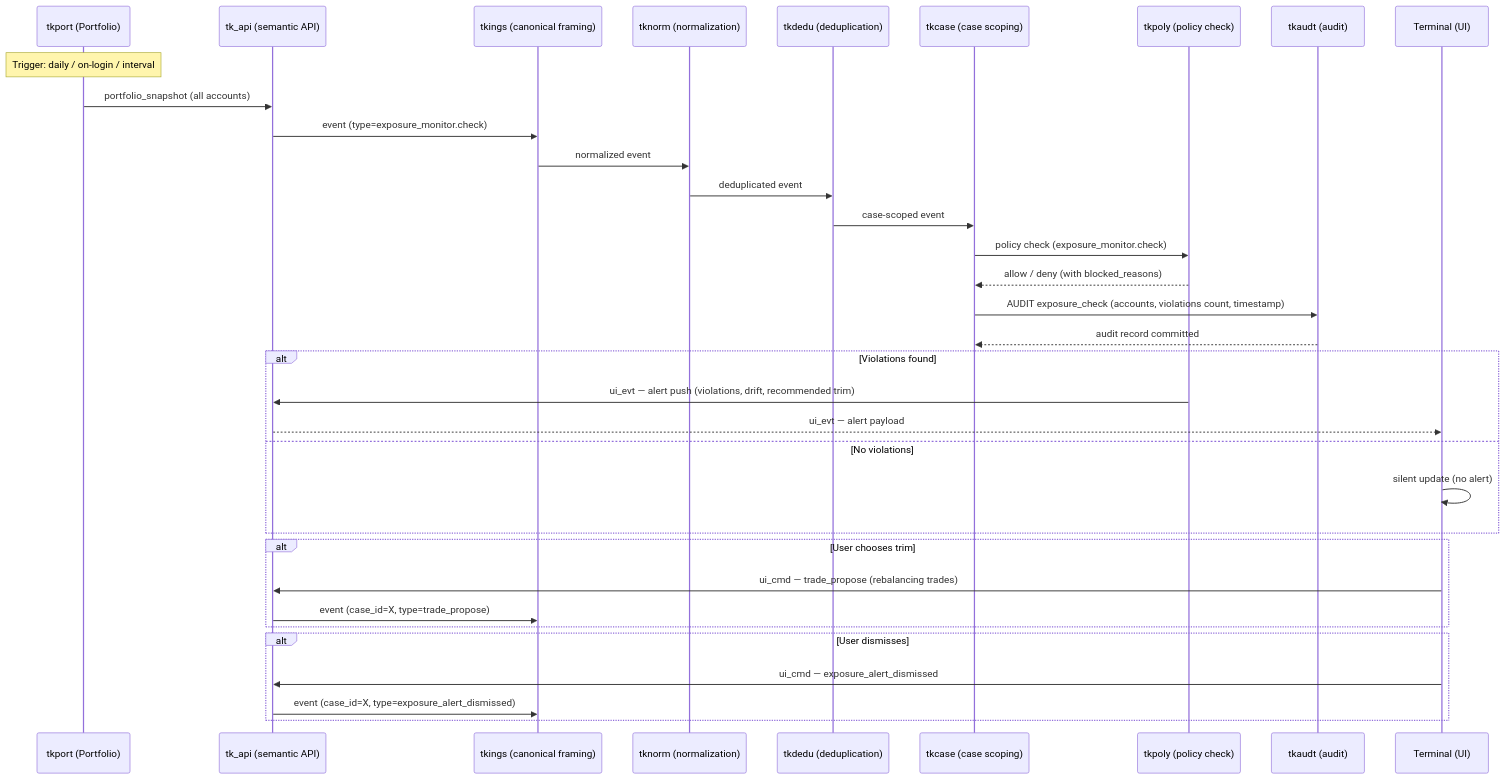
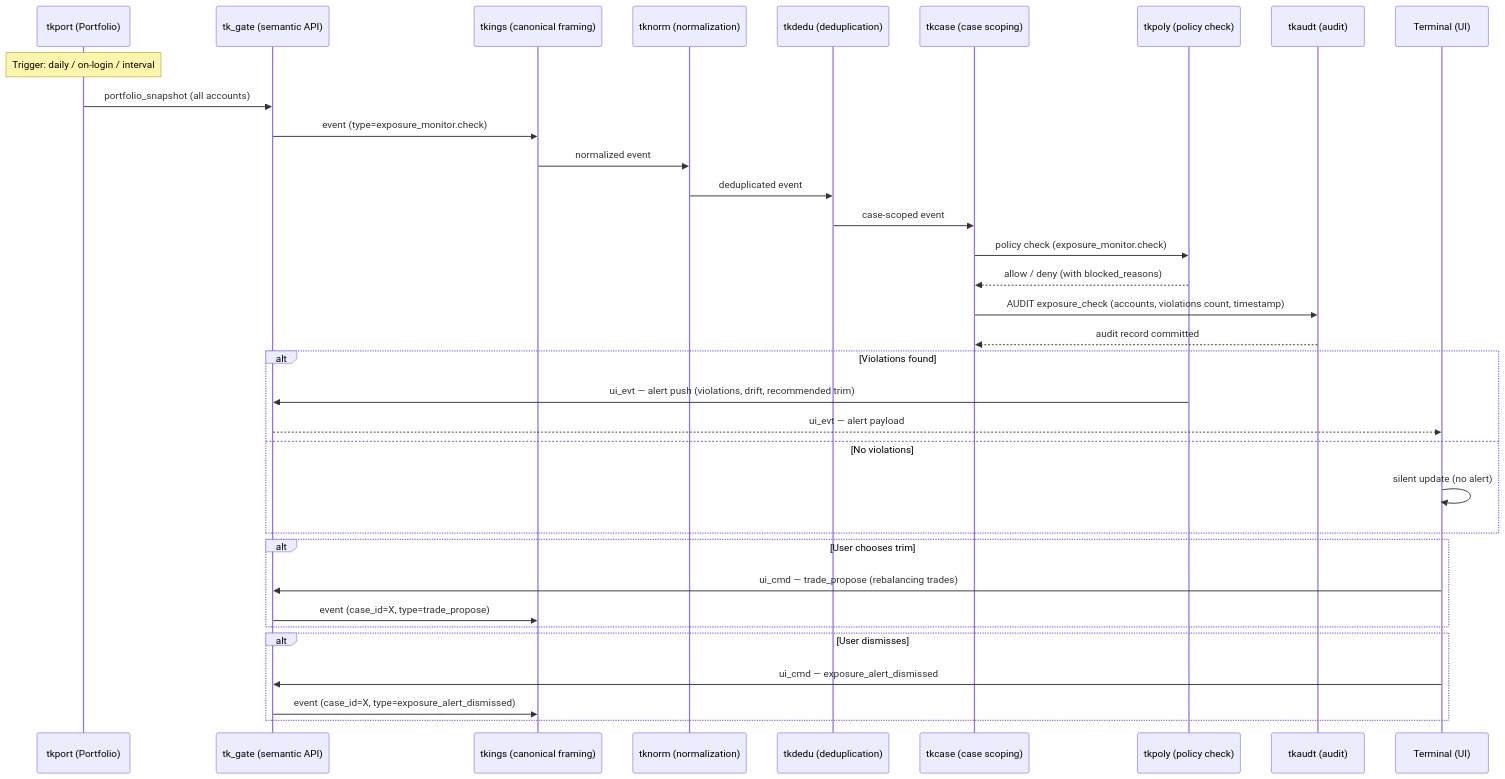
One commit to deeprnd/tickoni changed the diagram in doc/strategy/roadmap/usecases/07-portfolio-exposure-monitor.md. Above: the diagram before and after it, drawn with Mermaid. The commit also changed other lines of this file and 88 other files, not shown here.

````diff
--- a/doc/strategy/roadmap/usecases/07-portfolio-exposure-monitor.md
+++ b/doc/strategy/roadmap/usecases/07-portfolio-exposure-monitor.md
@@ -27,38 +27,38 @@
 ```mermaid
 sequenceDiagram
     participant Port as tkport (Portfolio)
-    participant tkA as tk_api (semantic API)
+    participant tkA as tk_gate (semantic API)
     participant tkI as tkings (canonical framing)
     participant tkN as tknorm (normalization)
     participant tkD as tkdedu (deduplication)
     participant tkC as tkcase (case scoping)
     participant tkP as tkpoly (policy check)
     participant tkU as tkaudt (audit)
     participant Term as Terminal (UI)
 
     Note over Port: Trigger: daily / on-login / interval
 
     Port->>tkA: portfolio_snapshot (all accounts)
     tkA->>tkI: event (type=exposure_monitor.check)
     tkI->>tkN: normalized event
     tkN->>tkD: deduplicated event
     tkD->>tkC: case-scoped event
     tkC->>tkP: policy check (exposure_monitor.check)
     tkP-->>tkC: allow / deny (with blocked_reasons)
     tkC->>tkU: AUDIT exposure_check (accounts, violations count, timestamp)
     tkU-->>tkC: audit record committed
     alt Violations found
         tkP->>tkA: ui_evt — alert push (violations, drift, recommended trim)
         tkA-->>Term: ui_evt — alert payload
     else No violations
         Term->>Term: silent update (no alert)
     end
     alt User chooses trim
         Term->>tkA: ui_cmd — trade_propose (rebalancing trades)
         tkA->>tkI: event (case_id=X, type=trade_propose)
     end
     alt User dismisses
         Term->>tkA: ui_cmd — exposure_alert_dismissed
         tkA->>tkI: event (case_id=X, type=exposure_alert_dismissed)
     end
 ```
````
